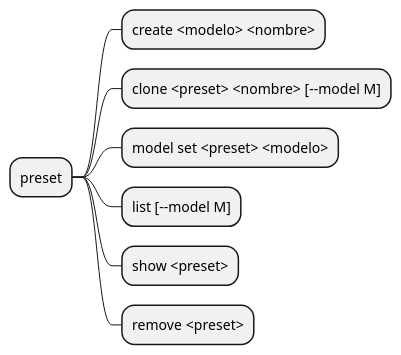
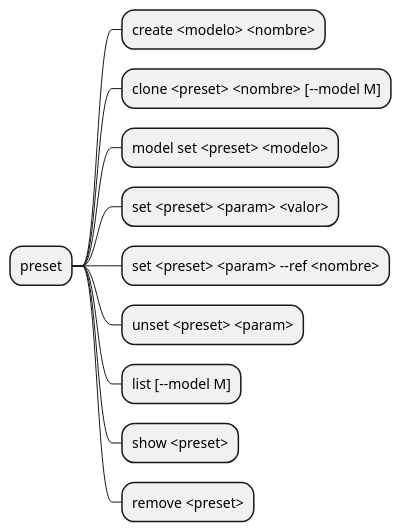
Before and after one commit to mstranich/coquena: the seventh of 8 diagrams in docs/comandos.md, drawn with PlantUML. The commit also changed other lines of this file and 31 other files, not shown here.

````diff
--- a/docs/comandos.md
+++ b/docs/comandos.md
@@ -257,11 +370,14 @@
 ```plantuml
 @startmindmap
 * preset
 ** create <modelo> <nombre>
 ** clone <preset> <nombre> [--model M]
 ** model set <preset> <modelo>
+** set <preset> <param> <valor>
+** set <preset> <param> --ref <nombre>
+** unset <preset> <param>
 ** list [--model M]
 ** show <preset>
 ** remove <preset>
 @endmindmap
 ```
````
